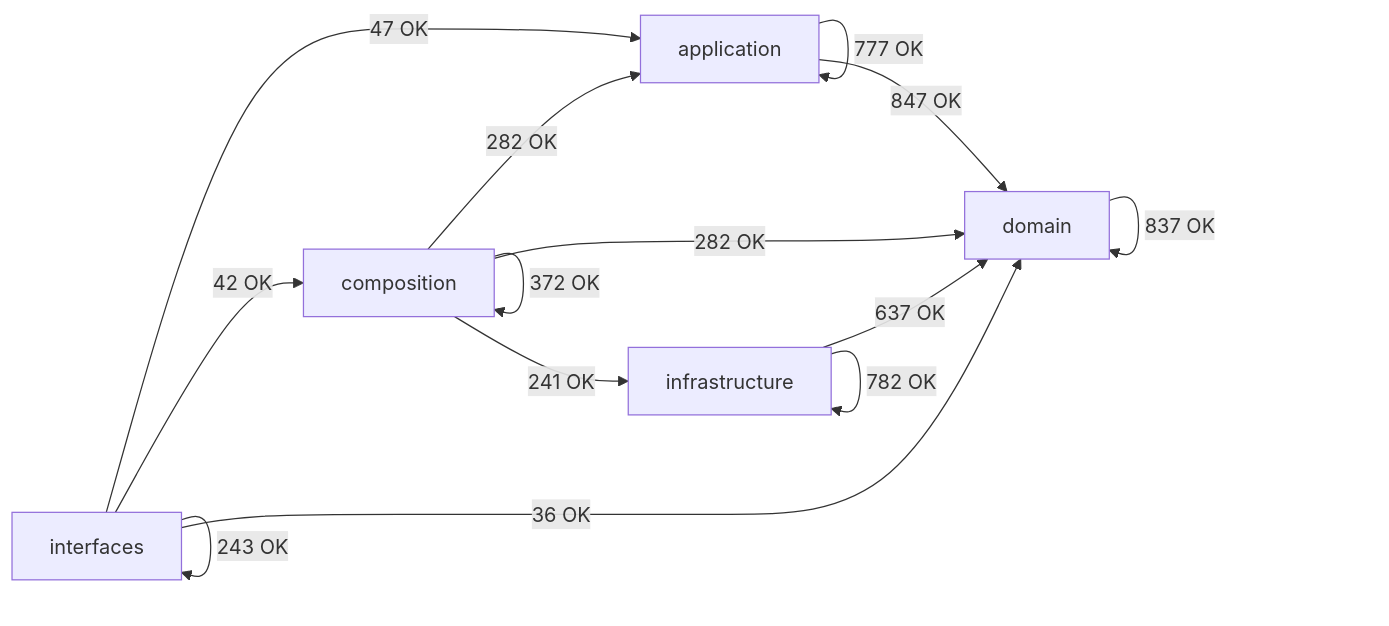
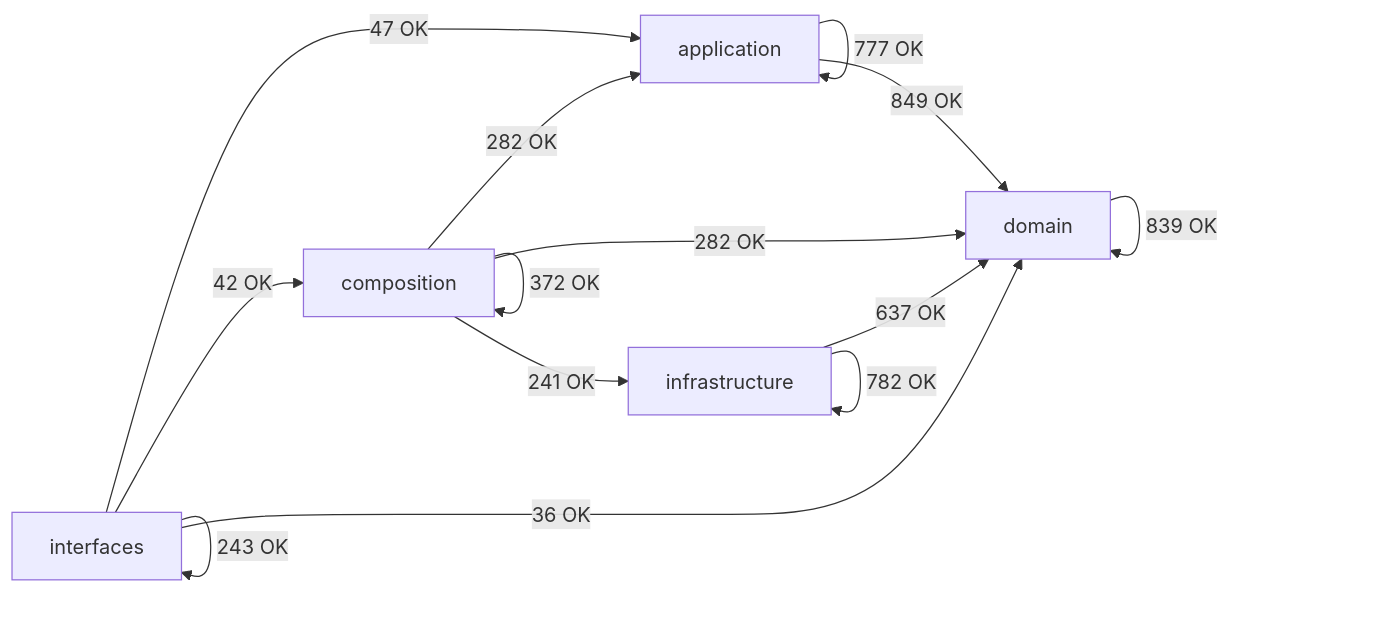
One commit to SatoryKono/BioactivityDataAcquisition changed the diagram in docs/02-architecture/generated/module-dependency-map.md. Above: the diagram before and after it, drawn with Mermaid. The commit also changed other lines of this file and 16 other files, not shown here.

````diff
--- a/docs/02-architecture/generated/module-dependency-map.md
+++ b/docs/02-architecture/generated/module-dependency-map.md
@@ -26,21 +26,21 @@
 ```mermaid
 flowchart LR
     domain[domain]
     application[application]
     infrastructure[infrastructure]
     composition[composition]
     interfaces[interfaces]
     application -->|777 OK| application
-    application -->|847 OK| domain
+    application -->|849 OK| domain
     composition -->|282 OK| application
     composition -->|372 OK| composition
     composition -->|282 OK| domain
     composition -->|241 OK| infrastructure
-    domain -->|837 OK| domain
+    domain -->|839 OK| domain
     infrastructure -->|637 OK| domain
     infrastructure -->|782 OK| infrastructure
     interfaces -->|47 OK| application
     interfaces -->|42 OK| composition
     interfaces -->|36 OK| domain
     interfaces -->|243 OK| interfaces
 ```
````
